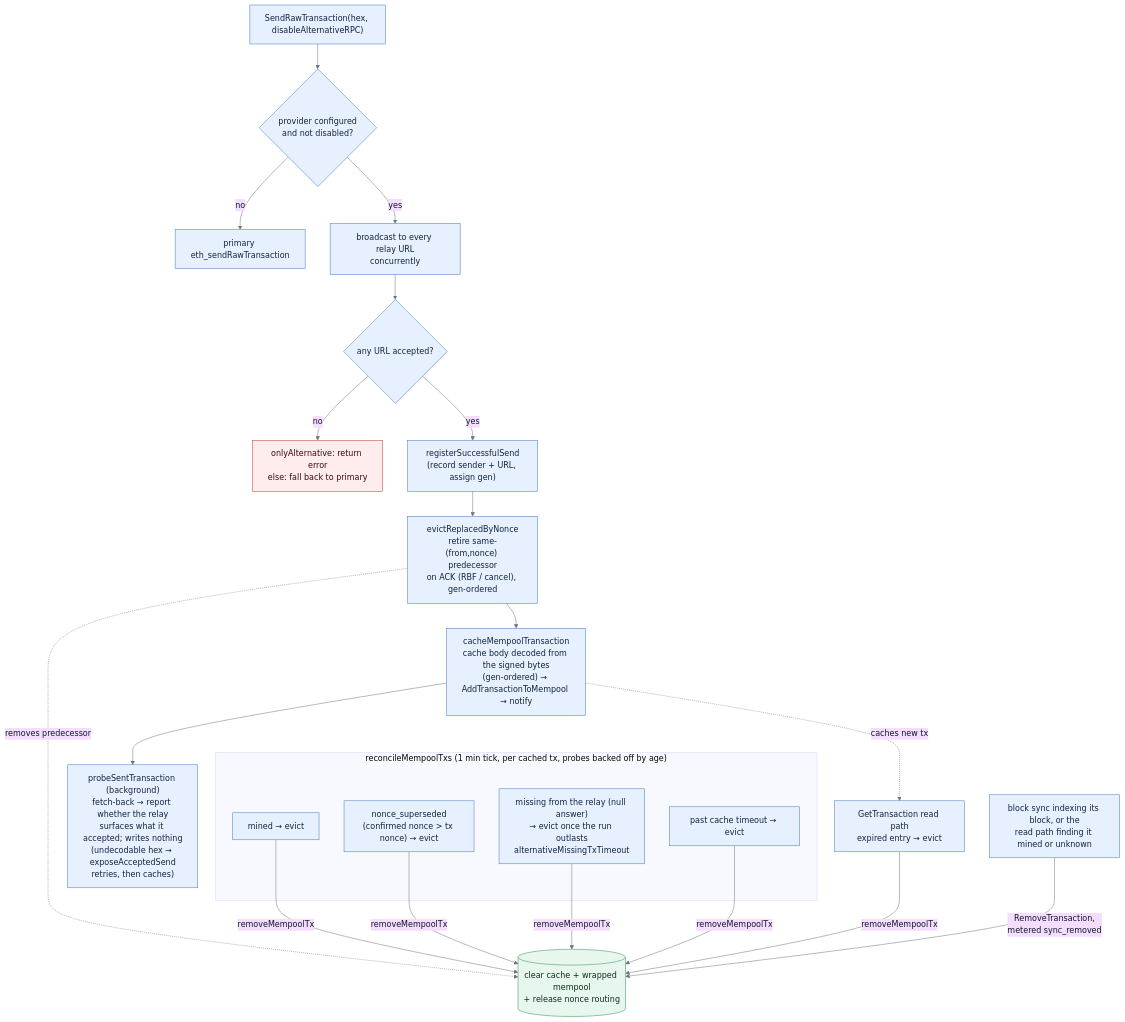
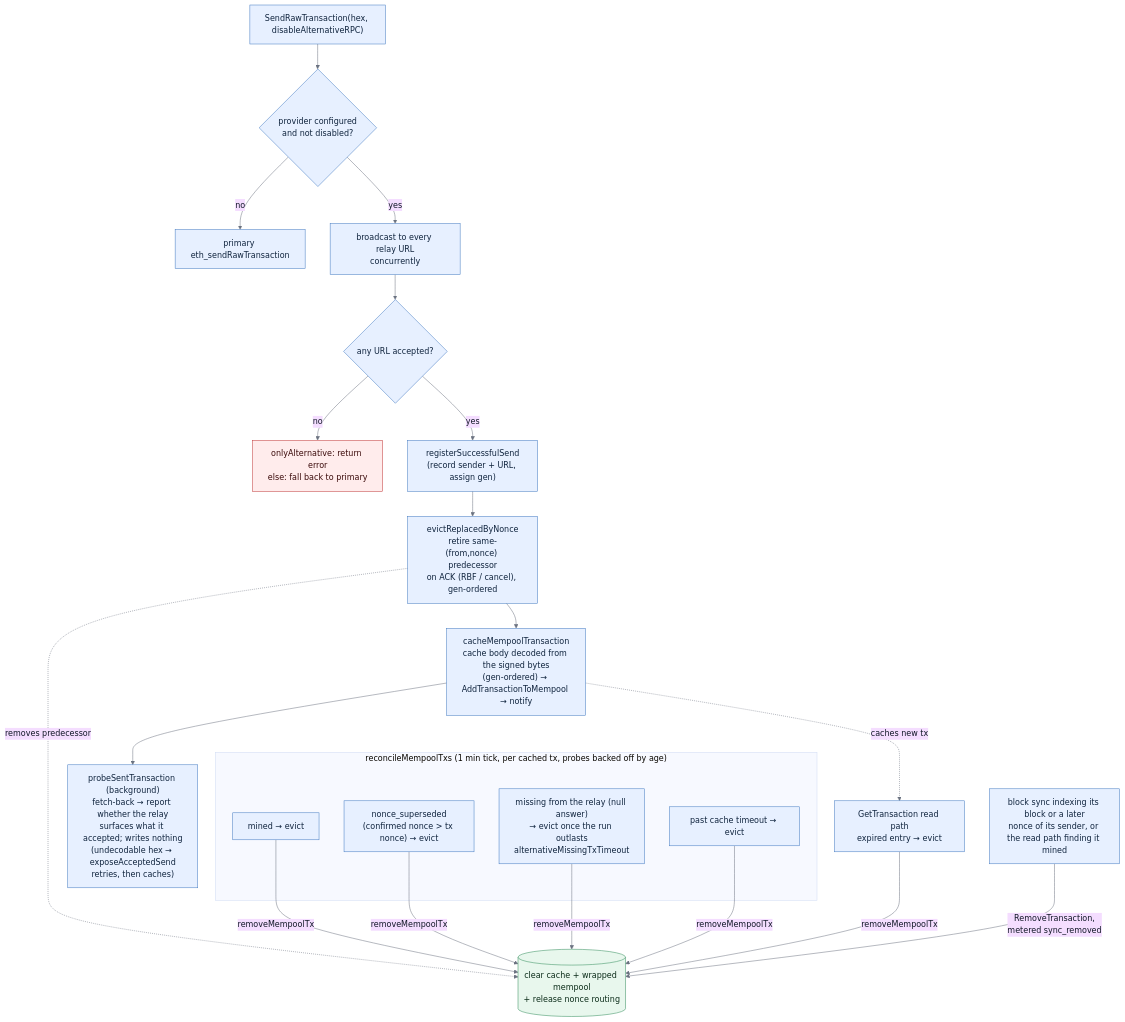
One commit to trezor/blockbook changed the diagram in docs/evm-send.md. Above: the diagram before and after it, drawn with Mermaid. The commit also changed other lines of this file and 8 other files, not shown here.

First line of the commit message:
fix(eth): retire mempool entries by mined nonce, not by a null lookup (#1772)

````diff
--- a/docs/evm-send.md
+++ b/docs/evm-send.md
@@ -19,46 +19,46 @@
 ```mermaid
 %%{init: {"theme": "base", "themeVariables": {"lineColor": "#6b7280", "primaryTextColor": "#111827"}}}%%
 flowchart TD
     send["SendRawTransaction(hex, disableAlternativeRPC)"]
     route{"provider configured<br/>and not disabled?"}
     primary["primary eth_sendRawTransaction"]
     relay["broadcast to every relay URL<br/>concurrently"]
     acc{"any URL accepted?"}
     reject["onlyAlternative: return error<br/>else: fall back to primary"]
     reg["registerSuccessfulSend<br/>(record sender + URL, assign gen)"]
     evict["evictReplacedByNonce<br/>retire same-(from,nonce) predecessor<br/>on ACK (RBF / cancel), gen-ordered"]
     cache["cacheMempoolTransaction<br/>cache body decoded from the signed bytes<br/>(gen-ordered) → AddTransactionToMempool → notify"]
     handle["probeSentTransaction (background)<br/>fetch-back → report whether the relay<br/>surfaces what it accepted; writes nothing<br/>(undecodable hex → exposeAcceptedSend<br/>retries, then caches)"]
 
     subgraph rec ["reconcileMempoolTxs (1 min tick, per cached tx, probes backed off by age)"]
         mined["mined → evict"]
         super["nonce_superseded<br/>(confirmed nonce > tx nonce) → evict"]
         miss["missing from the relay (null answer)<br/>→ evict once the run outlasts<br/>alternativeMissingTxTimeout"]
         to["past cache timeout → evict"]
     end
 
     readpath["GetTransaction read path<br/>expired entry → evict"]
-    syncrm["block sync indexing its block, or the<br/>read path finding it mined or unknown"]
+    syncrm["block sync indexing its block or a later<br/>nonce of its sender, or the read path finding it mined"]
     remove[("clear cache + wrapped mempool<br/>+ release nonce routing")]
 
     send --> route
     route -- "no" --> primary
     route -- "yes" --> relay --> acc
     acc -- "no" --> reject
     acc -- "yes" --> reg --> evict --> cache --> handle
     evict -. removes predecessor .-> remove
     cache -. caches new tx .-> readpath
     mined -- "removeMempoolTx" --> remove
     super -- "removeMempoolTx" --> remove
     miss -- "removeMempoolTx" --> remove
     to -- "removeMempoolTx" --> remove
     readpath -- "removeMempoolTx" --> remove
     syncrm -- "RemoveTransaction,<br/>metered sync_removed" --> remove
 
     classDef normal fill:#e7f0ff,stroke:#4078c0,color:#10243e;
     classDef store fill:#e8f7ed,stroke:#2e8b57,color:#0b2c19;
     classDef error fill:#ffecec,stroke:#c03535,color:#3b0a0a;
     class send,route,relay,acc,reg,evict,cache,handle,mined,super,miss,to,readpath,syncrm,primary normal;
     class remove store;
     class reject error;
 ```
````
